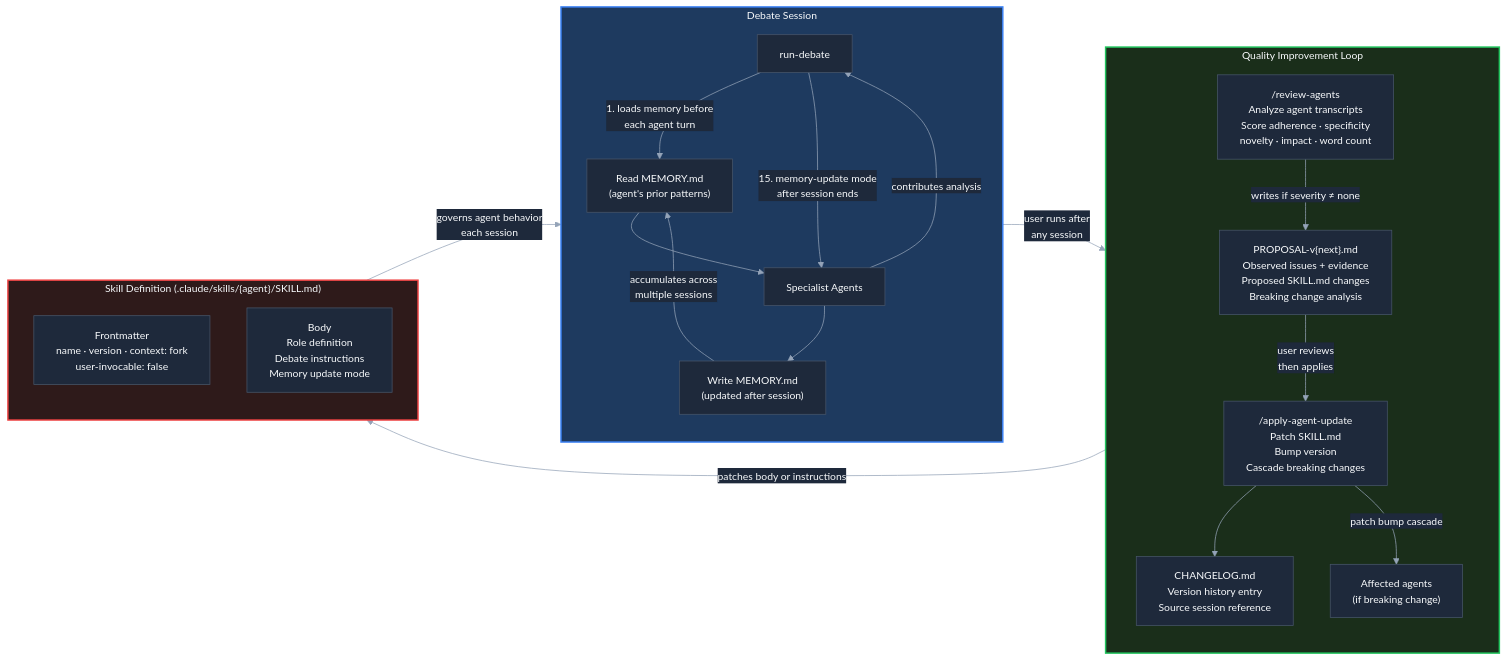
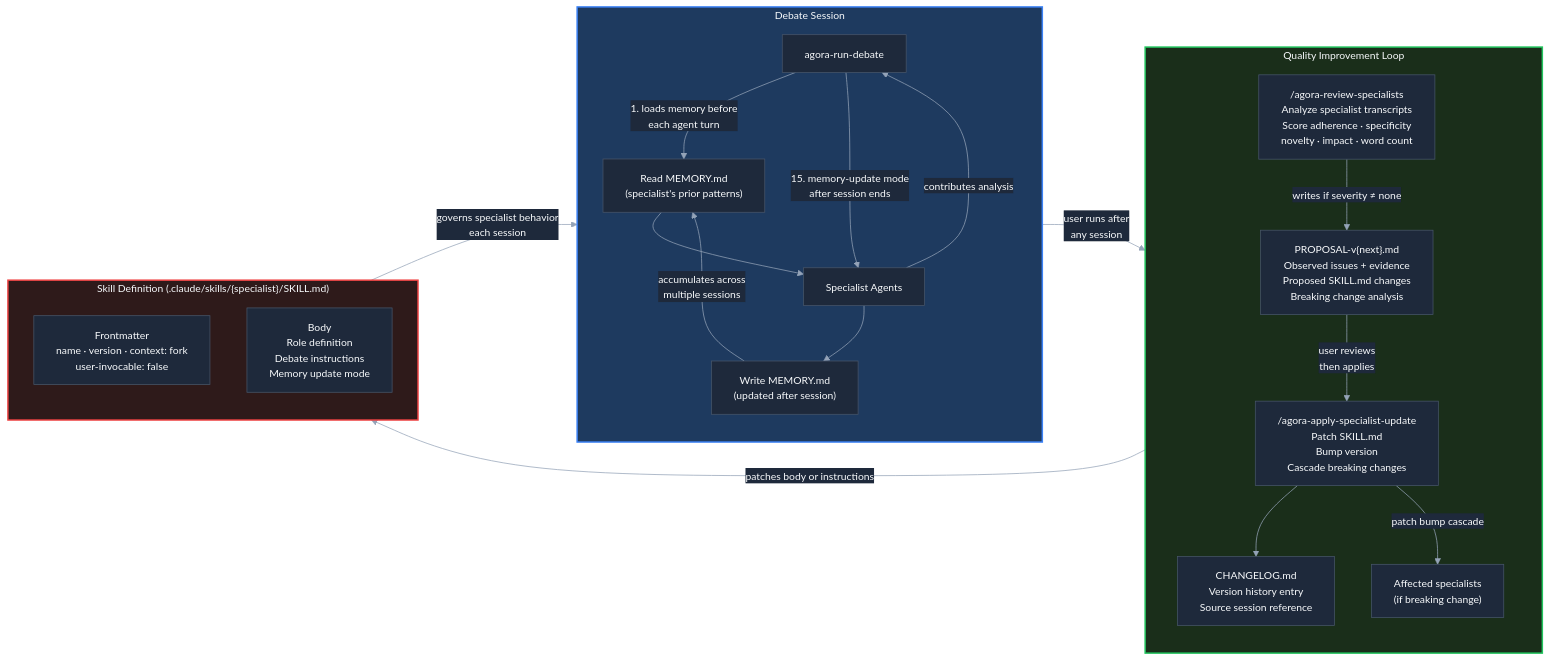
The diagram in docs/diagrams/04-continuous-improvement.mmd (aryan-curiel/agora), drawn with Mermaid before and after one commit. The commit also changed 24 other files, not shown here.

```diff
--- a/docs/diagrams/04-continuous-improvement.mmd
+++ b/docs/diagrams/04-continuous-improvement.mmd
@@ -1,42 +1,42 @@
 %%{init: {"theme": "base", "themeVariables": {"primaryColor": "#1e293b", "primaryTextColor": "#f8fafc", "primaryBorderColor": "#475569", "lineColor": "#94a3b8", "secondaryColor": "#0f172a", "background": "#0f172a", "mainBkg": "#1e293b", "nodeBorder": "#475569", "clusterBkg": "#162032", "titleColor": "#f8fafc", "edgeLabelBackground": "#1e293b", "fontFamily": "monospace", "fontSize": "14px"}}}%%
 
 graph LR
     subgraph SESSION["Debate Session"]
         direction TB
-        RD["run-debate"]
+        RD["agora-run-debate"]
         AGENTS["Specialist Agents"]
-        MEM_R["Read MEMORY.md\n(agent's prior patterns)"]
+        MEM_R["Read MEMORY.md\n(specialist's prior patterns)"]
         MEM_W["Write MEMORY.md\n(updated after session)"]
         RD -->|"1. loads memory before\neach agent turn"| MEM_R
         MEM_R --> AGENTS
         AGENTS -->|"contributes analysis"| RD
         RD -->|"15. memory-update mode\nafter session ends"| AGENTS
         AGENTS --> MEM_W
     end
 
     subgraph REVIEW_LOOP["Quality Improvement Loop"]
         direction TB
-        REV["/review-agents\nAnalyze agent transcripts\nScore adherence · specificity\nnovelty · impact · word count"]
+        REV["/agora-review-specialists\nAnalyze specialist transcripts\nScore adherence · specificity\nnovelty · impact · word count"]
         PROP["PROPOSAL-v{next}.md\nObserved issues + evidence\nProposed SKILL.md changes\nBreaking change analysis"]
-        APPLY["/apply-agent-update\nPatch SKILL.md\nBump version\nCascade breaking changes"]
+        APPLY["/agora-apply-specialist-update\nPatch SKILL.md\nBump version\nCascade breaking changes"]
         CHNG["CHANGELOG.md\nVersion history entry\nSource session reference"]
         REV -->|"writes if severity ≠ none"| PROP
         PROP -->|"user reviews\nthen applies"| APPLY
         APPLY --> CHNG
-        APPLY -->|"patch bump cascade"| AFFECTED["Affected agents\n(if breaking change)"]
+        APPLY -->|"patch bump cascade"| AFFECTED["Affected specialists\n(if breaking change)"]
     end
 
-    subgraph SKILL_FILE["Skill Definition  (.claude/skills/{agent}/SKILL.md)"]
+    subgraph SKILL_FILE["Skill Definition  (.claude/skills/{specialist}/SKILL.md)"]
         direction TB
         FRONTMATTER["Frontmatter\nname · version · context: fork\nuser-invocable: false"]
         BODY["Body\nRole definition\nDebate instructions\nMemory update mode"]
     end
 
     MEM_W -->|"accumulates across\nmultiple sessions"| MEM_R
     SESSION -->|"user runs after\nany session"| REVIEW_LOOP
     APPLY -->|"patches body or instructions"| SKILL_FILE
-    SKILL_FILE -->|"governs agent behavior\neach session"| AGENTS
+    SKILL_FILE -->|"governs specialist behavior\neach session"| AGENTS
 
     style SESSION fill:#1e3a5f,stroke:#3b82f6,stroke-width:2px,color:#f8fafc
     style REVIEW_LOOP fill:#1a2e1a,stroke:#22c55e,stroke-width:2px,color:#f8fafc
     style SKILL_FILE fill:#2e1a1a,stroke:#ef4444,stroke-width:2px,color:#f8fafc
```
